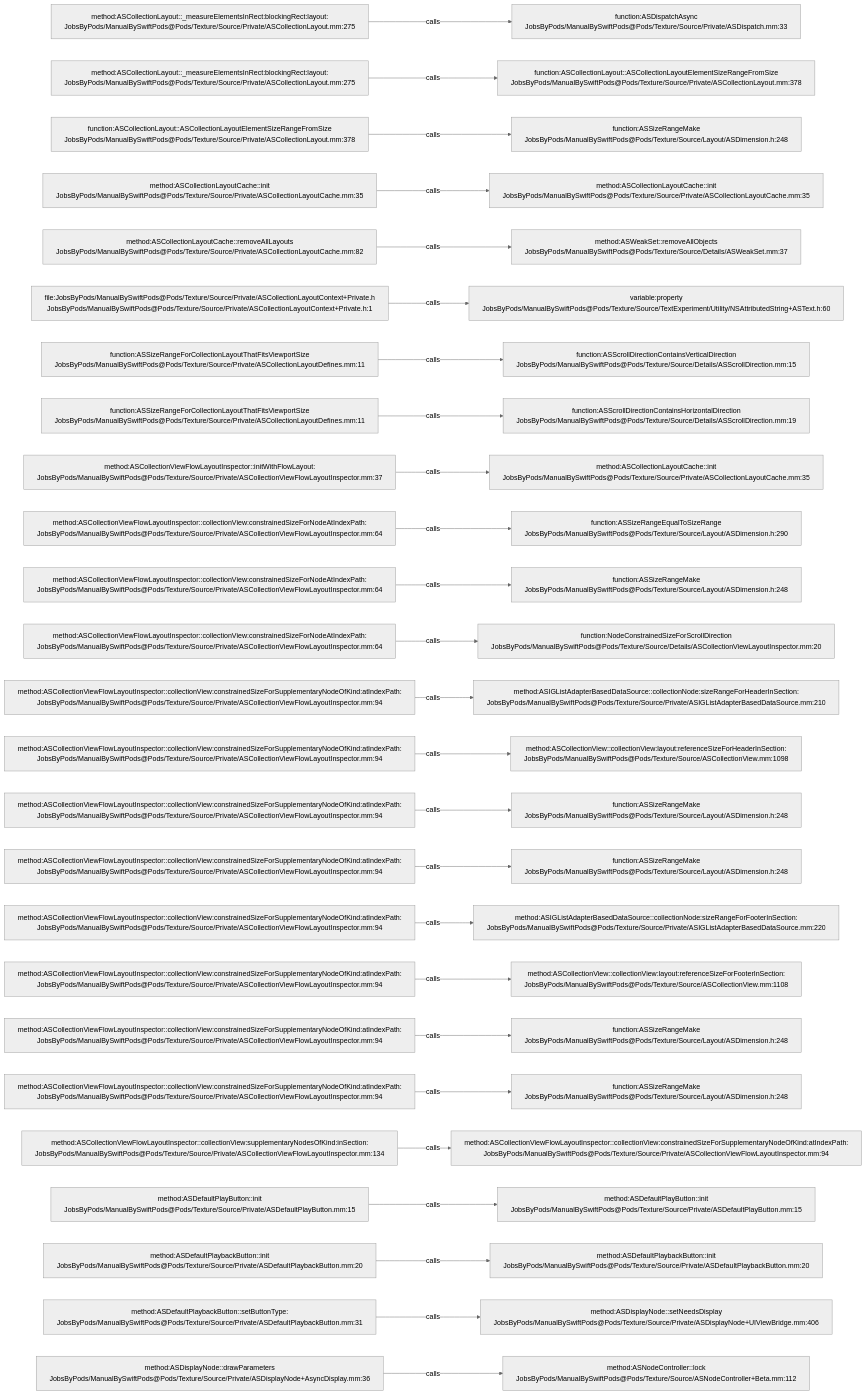
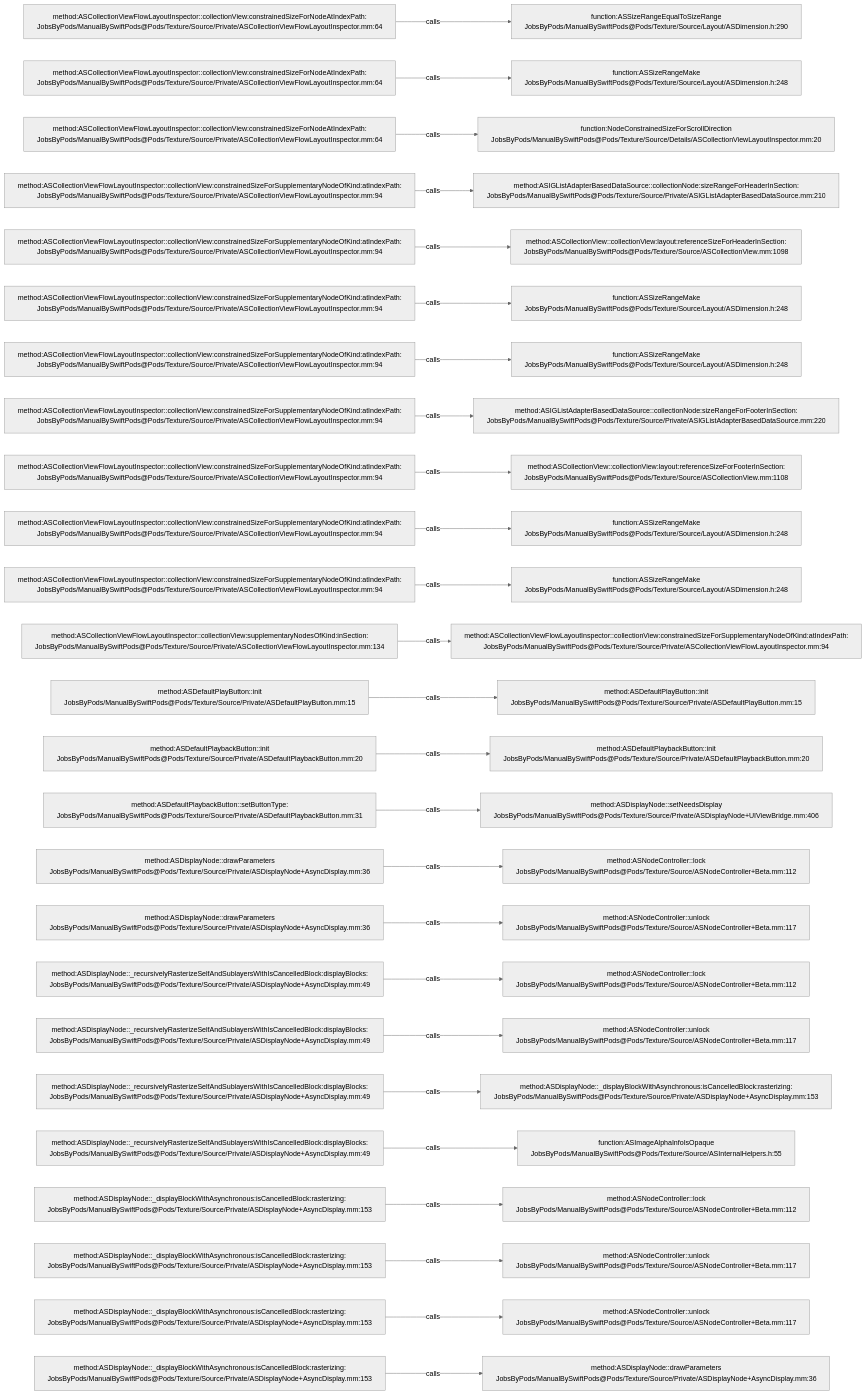
The diagram in .codegraph/codegraph.md/graphs/calls-116.md (JobsKits/JobsSwiftBaseConfigDemo), drawn with Mermaid (neutral theme) before and after one commit. The commit also changed 707 other files, not shown here.

````diff
--- a/.codegraph/codegraph.md/graphs/calls-116.md
+++ b/.codegraph/codegraph.md/graphs/calls-116.md
@@ -13,78 +13,78 @@
 ```mermaid
 flowchart LR
-  S1["method:ASCollectionLayout::_measureElementsInRect:blockingRect:layout:<br/>JobsByPods/ManualBySwiftPods@Pods/Texture/Source/Private/ASCollectionLayout.mm:275"]
-  T1["function:ASDispatchAsync<br/>JobsByPods/ManualBySwiftPods@Pods/Texture/Source/Private/ASDispatch.mm:33"]
+  S1["method:ASCollectionViewFlowLayoutInspector::collectionView:constrainedSizeForNodeAtIndexPath:<br/>JobsByPods/ManualBySwiftPods@Pods/Texture/Source/Private/ASCollectionViewFlowLayoutInspector.mm:64"]
+  T1["function:ASSizeRangeEqualToSizeRange<br/>JobsByPods/ManualBySwiftPods@Pods/Texture/Source/Layout/ASDimension.h:290"]
   S1 -->|calls| T1
-  S2["method:ASCollectionLayout::_measureElementsInRect:blockingRect:layout:<br/>JobsByPods/ManualBySwiftPods@Pods/Texture/Source/Private/ASCollectionLayout.mm:275"]
-  T2["function:ASCollectionLayout::ASCollectionLayoutElementSizeRangeFromSize<br/>JobsByPods/ManualBySwiftPods@Pods/Texture/Source/Private/ASCollectionLayout.mm:378"]
+  S2["method:ASCollectionViewFlowLayoutInspector::collectionView:constrainedSizeForNodeAtIndexPath:<br/>JobsByPods/ManualBySwiftPods@Pods/Texture/Source/Private/ASCollectionViewFlowLayoutInspector.mm:64"]
+  T2["function:ASSizeRangeMake<br/>JobsByPods/ManualBySwiftPods@Pods/Texture/Source/Layout/ASDimension.h:248"]
   S2 -->|calls| T2
-  S3["function:ASCollectionLayout::ASCollectionLayoutElementSizeRangeFromSize<br/>JobsByPods/ManualBySwiftPods@Pods/Texture/Source/Private/ASCollectionLayout.mm:378"]
-  T3["function:ASSizeRangeMake<br/>JobsByPods/ManualBySwiftPods@Pods/Texture/Source/Layout/ASDimension.h:248"]
+  S3["method:ASCollectionViewFlowLayoutInspector::collectionView:constrainedSizeForNodeAtIndexPath:<br/>JobsByPods/ManualBySwiftPods@Pods/Texture/Source/Private/ASCollectionViewFlowLayoutInspector.mm:64"]
+  T3["function:NodeConstrainedSizeForScrollDirection<br/>JobsByPods/ManualBySwiftPods@Pods/Texture/Source/Details/ASCollectionViewLayoutInspector.mm:20"]
   S3 -->|calls| T3
-  S4["method:ASCollectionLayoutCache::init<br/>JobsByPods/ManualBySwiftPods@Pods/Texture/Source/Private/ASCollectionLayoutCache.mm:35"]
-  T4["method:ASCollectionLayoutCache::init<br/>JobsByPods/ManualBySwiftPods@Pods/Texture/Source/Private/ASCollectionLayoutCache.mm:35"]
+  S4["method:ASCollectionViewFlowLayoutInspector::collectionView:constrainedSizeForSupplementaryNodeOfKind:atIndexPath:<br/>JobsByPods/ManualBySwiftPods@Pods/Texture/Source/Private/ASCollectionViewFlowLayoutInspector.mm:94"]
+  T4["method:ASIGListAdapterBasedDataSource::collectionNode:sizeRangeForHeaderInSection:<br/>JobsByPods/ManualBySwiftPods@Pods/Texture/Source/Private/ASIGListAdapterBasedDataSource.mm:210"]
   S4 -->|calls| T4
-  S5["method:ASCollectionLayoutCache::removeAllLayouts<br/>JobsByPods/ManualBySwiftPods@Pods/Texture/Source/Private/ASCollectionLayoutCache.mm:82"]
-  T5["method:ASWeakSet::removeAllObjects<br/>JobsByPods/ManualBySwiftPods@Pods/Texture/Source/Details/ASWeakSet.mm:37"]
+  S5["method:ASCollectionViewFlowLayoutInspector::collectionView:constrainedSizeForSupplementaryNodeOfKind:atIndexPath:<br/>JobsByPods/ManualBySwiftPods@Pods/Texture/Source/Private/ASCollectionViewFlowLayoutInspector.mm:94"]
+  T5["method:ASCollectionView::collectionView:layout:referenceSizeForHeaderInSection:<br/>JobsByPods/ManualBySwiftPods@Pods/Texture/Source/ASCollectionView.mm:1098"]
   S5 -->|calls| T5
-  S6["file:JobsByPods/ManualBySwiftPods@Pods/Texture/Source/Private/ASCollectionLayoutContext+Private.h<br/>JobsByPods/ManualBySwiftPods@Pods/Texture/Source/Private/ASCollectionLayoutContext+Private.h:1"]
-  T6["variable:property<br/>JobsByPods/ManualBySwiftPods@Pods/Texture/Source/TextExperiment/Utility/NSAttributedString+ASText.h:60"]
+  S6["method:ASCollectionViewFlowLayoutInspector::collectionView:constrainedSizeForSupplementaryNodeOfKind:atIndexPath:<br/>JobsByPods/ManualBySwiftPods@Pods/Texture/Source/Private/ASCollectionViewFlowLayoutInspector.mm:94"]
+  T6["function:ASSizeRangeMake<br/>JobsByPods/ManualBySwiftPods@Pods/Texture/Source/Layout/ASDimension.h:248"]
   S6 -->|calls| T6
-  S7["function:ASSizeRangeForCollectionLayoutThatFitsViewportSize<br/>JobsByPods/ManualBySwiftPods@Pods/Texture/Source/Private/ASCollectionLayoutDefines.mm:11"]
-  T7["function:ASScrollDirectionContainsVerticalDirection<br/>JobsByPods/ManualBySwiftPods@Pods/Texture/Source/Details/ASScrollDirection.mm:15"]
+  S7["method:ASCollectionViewFlowLayoutInspector::collectionView:constrainedSizeForSupplementaryNodeOfKind:atIndexPath:<br/>JobsByPods/ManualBySwiftPods@Pods/Texture/Source/Private/ASCollectionViewFlowLayoutInspector.mm:94"]
+  T7["function:ASSizeRangeMake<br/>JobsByPods/ManualBySwiftPods@Pods/Texture/Source/Layout/ASDimension.h:248"]
   S7 -->|calls| T7
-  S8["function:ASSizeRangeForCollectionLayoutThatFitsViewportSize<br/>JobsByPods/ManualBySwiftPods@Pods/Texture/Source/Private/ASCollectionLayoutDefines.mm:11"]
-  T8["function:ASScrollDirectionContainsHorizontalDirection<br/>JobsByPods/ManualBySwiftPods@Pods/Texture/Source/Details/ASScrollDirection.mm:19"]
+  S8["method:ASCollectionViewFlowLayoutInspector::collectionView:constrainedSizeForSupplementaryNodeOfKind:atIndexPath:<br/>JobsByPods/ManualBySwiftPods@Pods/Texture/Source/Private/ASCollectionViewFlowLayoutInspector.mm:94"]
+  T8["method:ASIGListAdapterBasedDataSource::collectionNode:sizeRangeForFooterInSection:<br/>JobsByPods/ManualBySwiftPods@Pods/Texture/Source/Private/ASIGListAdapterBasedDataSource.mm:220"]
   S8 -->|calls| T8
-  S9["method:ASCollectionViewFlowLayoutInspector::initWithFlowLayout:<br/>JobsByPods/ManualBySwiftPods@Pods/Texture/Source/Private/ASCollectionViewFlowLayoutInspector.mm:37"]
-  T9["method:ASCollectionLayoutCache::init<br/>JobsByPods/ManualBySwiftPods@Pods/Texture/Source/Private/ASCollectionLayoutCache.mm:35"]
+  S9["method:ASCollectionViewFlowLayoutInspector::collectionView:constrainedSizeForSupplementaryNodeOfKind:atIndexPath:<br/>JobsByPods/ManualBySwiftPods@Pods/Texture/Source/Private/ASCollectionViewFlowLayoutInspector.mm:94"]
+  T9["method:ASCollectionView::collectionView:layout:referenceSizeForFooterInSection:<br/>JobsByPods/ManualBySwiftPods@Pods/Texture/Source/ASCollectionView.mm:1108"]
   S9 -->|calls| T9
-  S10["method:ASCollectionViewFlowLayoutInspector::collectionView:constrainedSizeForNodeAtIndexPath:<br/>JobsByPods/ManualBySwiftPods@Pods/Texture/Source/Private/ASCollectionViewFlowLayoutInspector.mm:64"]
-  T10["function:ASSizeRangeEqualToSizeRange<br/>JobsByPods/ManualBySwiftPods@Pods/Texture/Source/Layout/ASDimension.h:290"]
+  S10["method:ASCollectionViewFlowLayoutInspector::collectionView:constrainedSizeForSupplementaryNodeOfKind:atIndexPath:<br/>JobsByPods/ManualBySwiftPods@Pods/Texture/Source/Private/ASCollectionViewFlowLayoutInspector.mm:94"]
+  T10["function:ASSizeRangeMake<br/>JobsByPods/ManualBySwiftPods@Pods/Texture/Source/Layout/ASDimension.h:248"]
   S10 -->|calls| T10
-  S11["method:ASCollectionViewFlowLayoutInspector::collectionView:constrainedSizeForNodeAtIndexPath:<br/>JobsByPods/ManualBySwiftPods@Pods/Texture/Source/Private/ASCollectionViewFlowLayoutInspector.mm:64"]
+  S11["method:ASCollectionViewFlowLayoutInspector::collectionView:constrainedSizeForSupplementaryNodeOfKind:atIndexPath:<br/>JobsByPods/ManualBySwiftPods@Pods/Texture/Source/Private/ASCollectionViewFlowLayoutInspector.mm:94"]
   T11["function:ASSizeRangeMake<br/>JobsByPods/ManualBySwiftPods@Pods/Texture/Source/Layout/ASDimension.h:248"]
   S11 -->|calls| T11
-  S12["method:ASCollectionViewFlowLayoutInspector::collectionView:constrainedSizeForNodeAtIndexPath:<br/>JobsByPods/ManualBySwiftPods@Pods/Texture/Source/Private/ASCollectionViewFlowLayoutInspector.mm:64"]
-  T12["function:NodeConstrainedSizeForScrollDirection<br/>JobsByPods/ManualBySwiftPods@Pods/Texture/Source/Details/ASCollectionViewLayoutInspector.mm:20"]
+  S12["method:ASCollectionViewFlowLayoutInspector::collectionView:supplementaryNodesOfKind:inSection:<br/>JobsByPods/ManualBySwiftPods@Pods/Texture/Source/Private/ASCollectionViewFlowLayoutInspector.mm:134"]
+  T12["method:ASCollectionViewFlowLayoutInspector::collectionView:constrainedSizeForSupplementaryNodeOfKind:atIndexPath:<br/>JobsByPods/ManualBySwiftPods@Pods/Texture/Source/Private/ASCollectionViewFlowLayoutInspector.mm:94"]
   S12 -->|calls| T12
-  S13["method:ASCollectionViewFlowLayoutInspector::collectionView:constrainedSizeForSupplementaryNodeOfKind:atIndexPath:<br/>JobsByPods/ManualBySwiftPods@Pods/Texture/Source/Private/ASCollectionViewFlowLayoutInspector.mm:94"]
-  T13["method:ASIGListAdapterBasedDataSource::collectionNode:sizeRangeForHeaderInSection:<br/>JobsByPods/ManualBySwiftPods@Pods/Texture/Source/Private/ASIGListAdapterBasedDataSource.mm:210"]
+  S13["method:ASDefaultPlayButton::init<br/>JobsByPods/ManualBySwiftPods@Pods/Texture/Source/Private/ASDefaultPlayButton.mm:15"]
+  T13["method:ASDefaultPlayButton::init<br/>JobsByPods/ManualBySwiftPods@Pods/Texture/Source/Private/ASDefaultPlayButton.mm:15"]
   S13 -->|calls| T13
-  S14["method:ASCollectionViewFlowLayoutInspector::collectionView:constrainedSizeForSupplementaryNodeOfKind:atIndexPath:<br/>JobsByPods/ManualBySwiftPods@Pods/Texture/Source/Private/ASCollectionViewFlowLayoutInspector.mm:94"]
-  T14["method:ASCollectionView::collectionView:layout:referenceSizeForHeaderInSection:<br/>JobsByPods/ManualBySwiftPods@Pods/Texture/Source/ASCollectionView.mm:1098"]
+  S14["method:ASDefaultPlaybackButton::init<br/>JobsByPods/ManualBySwiftPods@Pods/Texture/Source/Private/ASDefaultPlaybackButton.mm:20"]
+  T14["method:ASDefaultPlaybackButton::init<br/>JobsByPods/ManualBySwiftPods@Pods/Texture/Source/Private/ASDefaultPlaybackButton.mm:20"]
   S14 -->|calls| T14
-  S15["method:ASCollectionViewFlowLayoutInspector::collectionView:constrainedSizeForSupplementaryNodeOfKind:atIndexPath:<br/>JobsByPods/ManualBySwiftPods@Pods/Texture/Source/Private/ASCollectionViewFlowLayoutInspector.mm:94"]
-  T15["function:ASSizeRangeMake<br/>JobsByPods/ManualBySwiftPods@Pods/Texture/Source/Layout/ASDimension.h:248"]
+  S15["method:ASDefaultPlaybackButton::setButtonType:<br/>JobsByPods/ManualBySwiftPods@Pods/Texture/Source/Private/ASDefaultPlaybackButton.mm:31"]
+  T15["method:ASDisplayNode::setNeedsDisplay<br/>JobsByPods/ManualBySwiftPods@Pods/Texture/Source/Private/ASDisplayNode+UIViewBridge.mm:406"]
   S15 -->|calls| T15
-  S16["method:ASCollectionViewFlowLayoutInspector::collectionView:constrainedSizeForSupplementaryNodeOfKind:atIndexPath:<br/>JobsByPods/ManualBySwiftPods@Pods/Texture/Source/Private/ASCollectionViewFlowLayoutInspector.mm:94"]
-  T16["function:ASSizeRangeMake<br/>JobsByPods/ManualBySwiftPods@Pods/Texture/Source/Layout/ASDimension.h:248"]
+  S16["method:ASDisplayNode::drawParameters<br/>JobsByPods/ManualBySwiftPods@Pods/Texture/Source/Private/ASDisplayNode+AsyncDisplay.mm:36"]
+  T16["method:ASNodeController::lock<br/>JobsByPods/ManualBySwiftPods@Pods/Texture/Source/ASNodeController+Beta.mm:112"]
   S16 -->|calls| T16
-  S17["method:ASCollectionViewFlowLayoutInspector::collectionView:constrainedSizeForSupplementaryNodeOfKind:atIndexPath:<br/>JobsByPods/ManualBySwiftPods@Pods/Texture/Source/Private/ASCollectionViewFlowLayoutInspector.mm:94"]
-  T17["method:ASIGListAdapterBasedDataSource::collectionNode:sizeRangeForFooterInSection:<br/>JobsByPods/ManualBySwiftPods@Pods/Texture/Source/Private/ASIGListAdapterBasedDataSource.mm:220"]
+  S17["method:ASDisplayNode::drawParameters<br/>JobsByPods/ManualBySwiftPods@Pods/Texture/Source/Private/ASDisplayNode+AsyncDisplay.mm:36"]
+  T17["method:ASNodeController::unlock<br/>JobsByPods/ManualBySwiftPods@Pods/Texture/Source/ASNodeController+Beta.mm:117"]
   S17 -->|calls| T17
-  S18["method:ASCollectionViewFlowLayoutInspector::collectionView:constrainedSizeForSupplementaryNodeOfKind:atIndexPath:<br/>JobsByPods/ManualBySwiftPods@Pods/Texture/Source/Private/ASCollectionViewFlowLayoutInspector.mm:94"]
-  T18["method:ASCollectionView::collectionView:layout:referenceSizeForFooterInSection:<br/>JobsByPods/ManualBySwiftPods@Pods/Texture/Source/ASCollectionView.mm:1108"]
+  S18["method:ASDisplayNode::_recursivelyRasterizeSelfAndSublayersWithIsCancelledBlock:displayBlocks:<br/>JobsByPods/ManualBySwiftPods@Pods/Texture/Source/Private/ASDisplayNode+AsyncDisplay.mm:49"]
+  T18["method:ASNodeController::lock<br/>JobsByPods/ManualBySwiftPods@Pods/Texture/Source/ASNodeController+Beta.mm:112"]
   S18 -->|calls| T18
-  S19["method:ASCollectionViewFlowLayoutInspector::collectionView:constrainedSizeForSupplementaryNodeOfKind:atIndexPath:<br/>JobsByPods/ManualBySwiftPods@Pods/Texture/Source/Private/ASCollectionViewFlowLayoutInspector.mm:94"]
-  T19["function:ASSizeRangeMake<br/>JobsByPods/ManualBySwiftPods@Pods/Texture/Source/Layout/ASDimension.h:248"]
+  S19["method:ASDisplayNode::_recursivelyRasterizeSelfAndSublayersWithIsCancelledBlock:displayBlocks:<br/>JobsByPods/ManualBySwiftPods@Pods/Texture/Source/Private/ASDisplayNode+AsyncDisplay.mm:49"]
+  T19["method:ASNodeController::unlock<br/>JobsByPods/ManualBySwiftPods@Pods/Texture/Source/ASNodeController+Beta.mm:117"]
   S19 -->|calls| T19
-  S20["method:ASCollectionViewFlowLayoutInspector::collectionView:constrainedSizeForSupplementaryNodeOfKind:atIndexPath:<br/>JobsByPods/ManualBySwiftPods@Pods/Texture/Source/Private/ASCollectionViewFlowLayoutInspector.mm:94"]
-  T20["function:ASSizeRangeMake<br/>JobsByPods/ManualBySwiftPods@Pods/Texture/Source/Layout/ASDimension.h:248"]
+  S20["method:ASDisplayNode::_recursivelyRasterizeSelfAndSublayersWithIsCancelledBlock:displayBlocks:<br/>JobsByPods/ManualBySwiftPods@Pods/Texture/Source/Private/ASDisplayNode+AsyncDisplay.mm:49"]
+  T20["method:ASDisplayNode::_displayBlockWithAsynchronous:isCancelledBlock:rasterizing:<br/>JobsByPods/ManualBySwiftPods@Pods/Texture/Source/Private/ASDisplayNode+AsyncDisplay.mm:153"]
   S20 -->|calls| T20
-  S21["method:ASCollectionViewFlowLayoutInspector::collectionView:supplementaryNodesOfKind:inSection:<br/>JobsByPods/ManualBySwiftPods@Pods/Texture/Source/Private/ASCollectionViewFlowLayoutInspector.mm:134"]
-  T21["method:ASCollectionViewFlowLayoutInspector::collectionView:constrainedSizeForSupplementaryNodeOfKind:atIndexPath:<br/>JobsByPods/ManualBySwiftPods@Pods/Texture/Source/Private/ASCollectionViewFlowLayoutInspector.mm:94"]
+  S21["method:ASDisplayNode::_recursivelyRasterizeSelfAndSublayersWithIsCancelledBlock:displayBlocks:<br/>JobsByPods/ManualBySwiftPods@Pods/Texture/Source/Private/ASDisplayNode+AsyncDisplay.mm:49"]
+  T21["function:ASImageAlphaInfoIsOpaque<br/>JobsByPods/ManualBySwiftPods@Pods/Texture/Source/ASInternalHelpers.h:55"]
   S21 -->|calls| T21
-  S22["method:ASDefaultPlayButton::init<br/>JobsByPods/ManualBySwiftPods@Pods/Texture/Source/Private/ASDefaultPlayButton.mm:15"]
-  T22["method:ASDefaultPlayButton::init<br/>JobsByPods/ManualBySwiftPods@Pods/Texture/Source/Private/ASDefaultPlayButton.mm:15"]
+  S22["method:ASDisplayNode::_displayBlockWithAsynchronous:isCancelledBlock:rasterizing:<br/>JobsByPods/ManualBySwiftPods@Pods/Texture/Source/Private/ASDisplayNode+AsyncDisplay.mm:153"]
+  T22["method:ASNodeController::lock<br/>JobsByPods/ManualBySwiftPods@Pods/Texture/Source/ASNodeController+Beta.mm:112"]
   S22 -->|calls| T22
-  S23["method:ASDefaultPlaybackButton::init<br/>JobsByPods/ManualBySwiftPods@Pods/Texture/Source/Private/ASDefaultPlaybackButton.mm:20"]
-  T23["method:ASDefaultPlaybackButton::init<br/>JobsByPods/ManualBySwiftPods@Pods/Texture/Source/Private/ASDefaultPlaybackButton.mm:20"]
+  S23["method:ASDisplayNode::_displayBlockWithAsynchronous:isCancelledBlock:rasterizing:<br/>JobsByPods/ManualBySwiftPods@Pods/Texture/Source/Private/ASDisplayNode+AsyncDisplay.mm:153"]
+  T23["method:ASNodeController::unlock<br/>JobsByPods/ManualBySwiftPods@Pods/Texture/Source/ASNodeController+Beta.mm:117"]
   S23 -->|calls| T23
-  S24["method:ASDefaultPlaybackButton::setButtonType:<br/>JobsByPods/ManualBySwiftPods@Pods/Texture/Source/Private/ASDefaultPlaybackButton.mm:31"]
-  T24["method:ASDisplayNode::setNeedsDisplay<br/>JobsByPods/ManualBySwiftPods@Pods/Texture/Source/Private/ASDisplayNode+UIViewBridge.mm:406"]
+  S24["method:ASDisplayNode::_displayBlockWithAsynchronous:isCancelledBlock:rasterizing:<br/>JobsByPods/ManualBySwiftPods@Pods/Texture/Source/Private/ASDisplayNode+AsyncDisplay.mm:153"]
+  T24["method:ASNodeController::unlock<br/>JobsByPods/ManualBySwiftPods@Pods/Texture/Source/ASNodeController+Beta.mm:117"]
   S24 -->|calls| T24
-  S25["method:ASDisplayNode::drawParameters<br/>JobsByPods/ManualBySwiftPods@Pods/Texture/Source/Private/ASDisplayNode+AsyncDisplay.mm:36"]
-  T25["method:ASNodeController::lock<br/>JobsByPods/ManualBySwiftPods@Pods/Texture/Source/ASNodeController+Beta.mm:112"]
+  S25["method:ASDisplayNode::_displayBlockWithAsynchronous:isCancelledBlock:rasterizing:<br/>JobsByPods/ManualBySwiftPods@Pods/Texture/Source/Private/ASDisplayNode+AsyncDisplay.mm:153"]
+  T25["method:ASDisplayNode::drawParameters<br/>JobsByPods/ManualBySwiftPods@Pods/Texture/Source/Private/ASDisplayNode+AsyncDisplay.mm:36"]
   S25 -->|calls| T25
 ```
````
